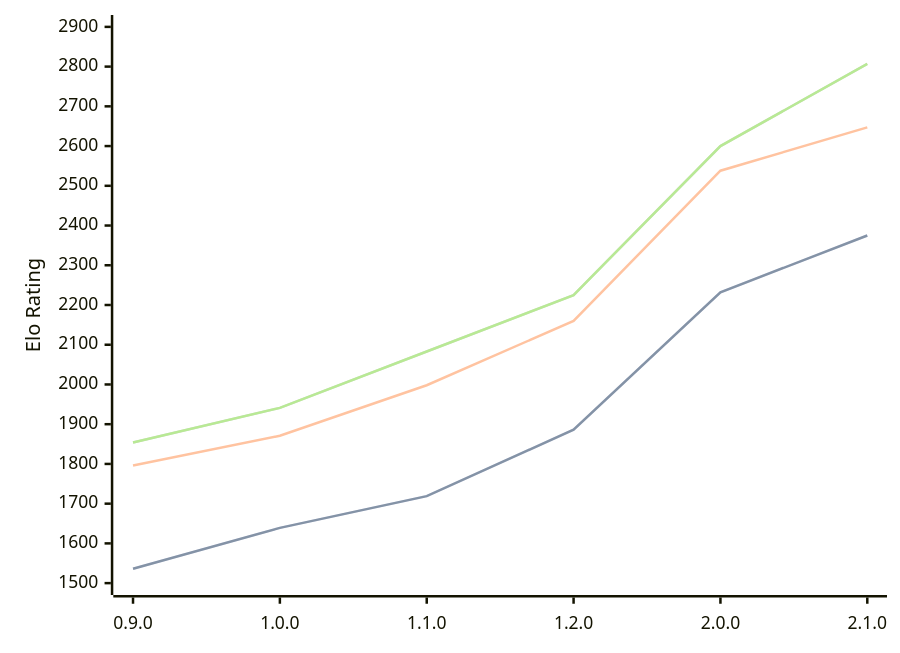
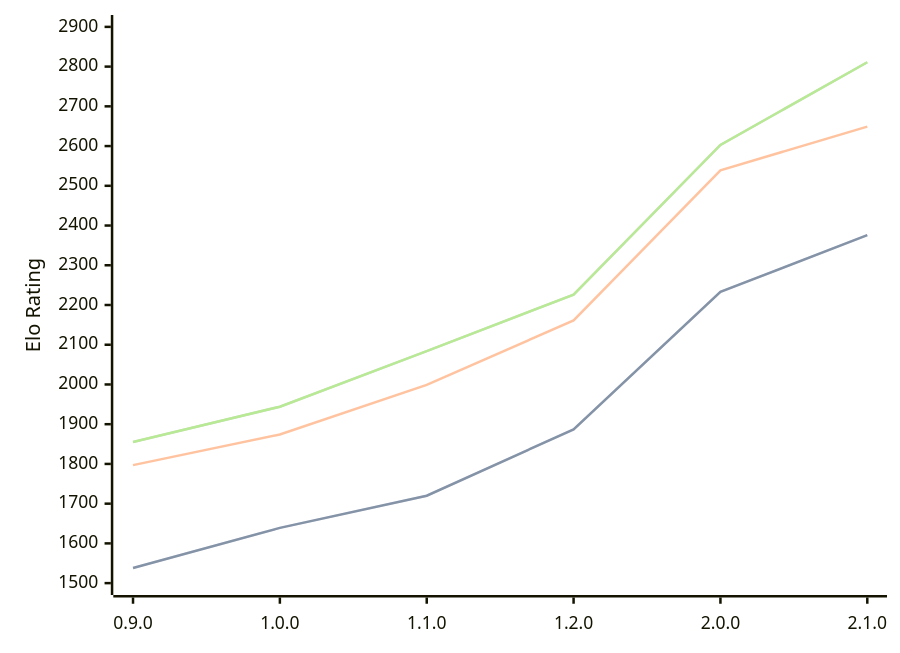
The diagram in engines/Ratsu.md (computer-chess-index/cci), drawn with Mermaid before and after one commit. The commit also changed other lines of this file, not shown here.

Commit message:
Update CCI Ratings (ELO VLTC) - 2026-08-09

````diff
--- a/engines/Ratsu.md
+++ b/engines/Ratsu.md
@@ -36,11 +36,11 @@
 ```mermaid
 %%{init: {"theme":"base","themeVariables":{"seriesColors:['#a3a3a3','#222221','#faa371']}}}%%
 xychart-beta
   x-axis ["0.9.0", "1.0.0", "1.1.0", "1.2.0", "2.0.0", "2.1.0"]
   y-axis "Elo Rating" 1500 --> 2900
-  line "STC (8.0+0.08s)" [1536, 1639, 1719, 1886, 2232, 2375]
-  line "STC (8.0+0.08s)" [1536, 1639, 1719, 1886, 2232, 2375]
-  line "LTC (60.0+0.60s)" [1796, 1871, 1998, 2160, 2538, 2647]
-  line "VLTC (2m24s+1.12s)" [1854, 1941, 2083, 2225, 2600, 2807]
-  line "VLTC (2m24s+1.12s)" [1854, 1941, 2083, 2225, 2600, 2807]
+  line "STC (8.0+0.08s)" [1538, 1639, 1720, 1887, 2233, 2376]
+  line "STC (8.0+0.08s)" [1538, 1639, 1720, 1887, 2233, 2376]
+  line "LTC (60.0+0.60s)" [1797, 1874, 1999, 2161, 2539, 2649]
+  line "VLTC (2m24s+1.12s)" [1855, 1944, 2084, 2226, 2603, 2811]
+  line "VLTC (2m24s+1.12s)" [1855, 1944, 2084, 2226, 2603, 2811]
 ```
````
